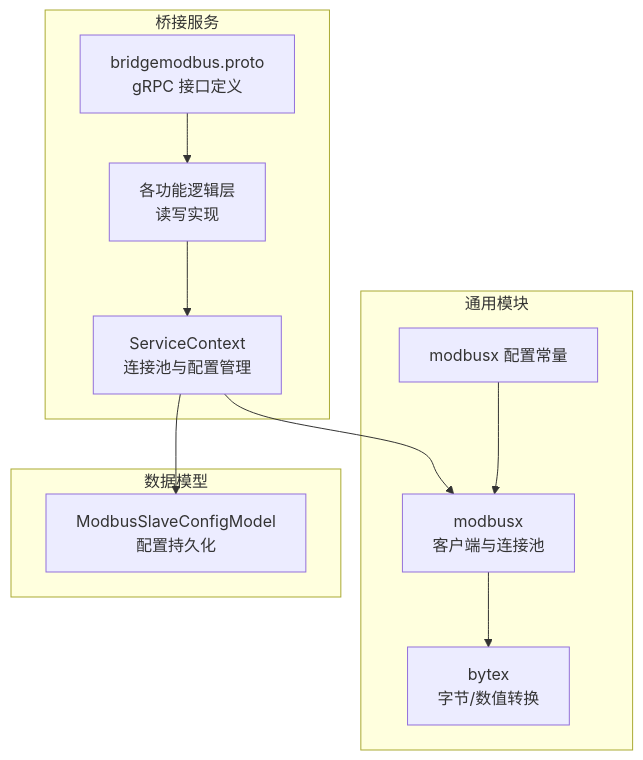
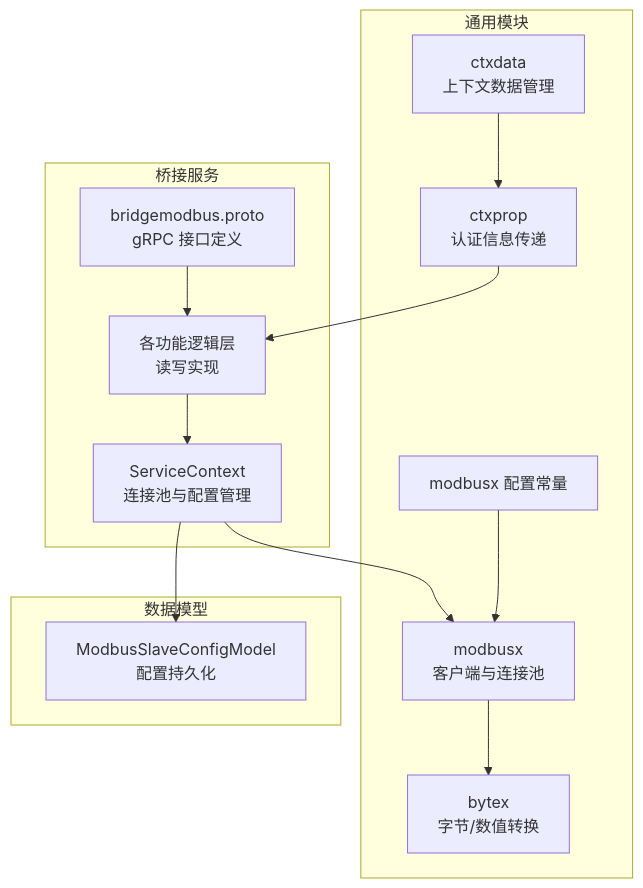
Before and after one commit to maomao94/zero-service: the first of 4 diagrams in .qoder/repowiki/zh/content/核心服务详解/Modbus 协议桥接服务/数据读写操作.md, drawn with Mermaid. The commit also changed other lines of this file and 11 other files, not shown here.

````diff
--- a/.qoder/repowiki/zh/content/核心服务详解/Modbus 协议桥接服务/数据读写操作.md
+++ b/.qoder/repowiki/zh/content/核心服务详解/Modbus 协议桥接服务/数据读写操作.md
@@ -37,22 +49,26 @@
 ```mermaid
 graph TB
 subgraph "桥接服务"
 BM["bridgemodbus.proto<br/>gRPC 接口定义"]
 SVC["ServiceContext<br/>连接池与配置管理"]
 LOGIC["各功能逻辑层<br/>读写实现"]
 end
 subgraph "通用模块"
 MBX["modbusx<br/>客户端与连接池"]
 BYT["bytex<br/>字节/数值转换"]
 CFG["modbusx 配置常量"]
+CTXDATA["ctxdata<br/>上下文数据管理"]
+CTXPROP["ctxprop<br/>认证信息传递"]
 end
 subgraph "数据模型"
 MCFG["ModbusSlaveConfigModel<br/>配置持久化"]
 end
 BM --> LOGIC
 LOGIC --> SVC
 SVC --> MBX
 SVC --> MCFG
 MBX --> BYT
 CFG --> MBX
+CTXDATA --> CTXPROP
+CTXPROP --> LOGIC
 ```
````
